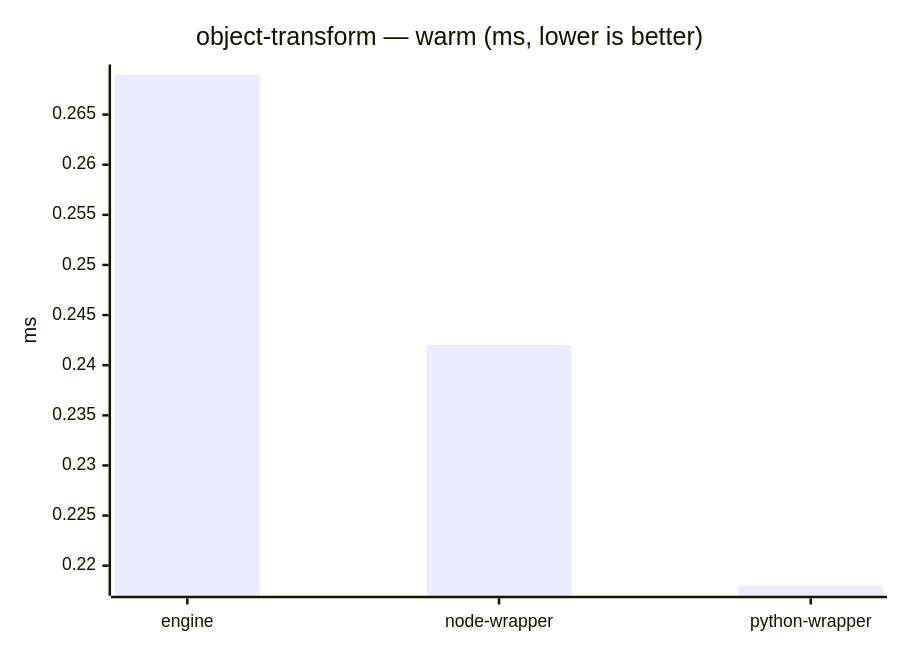
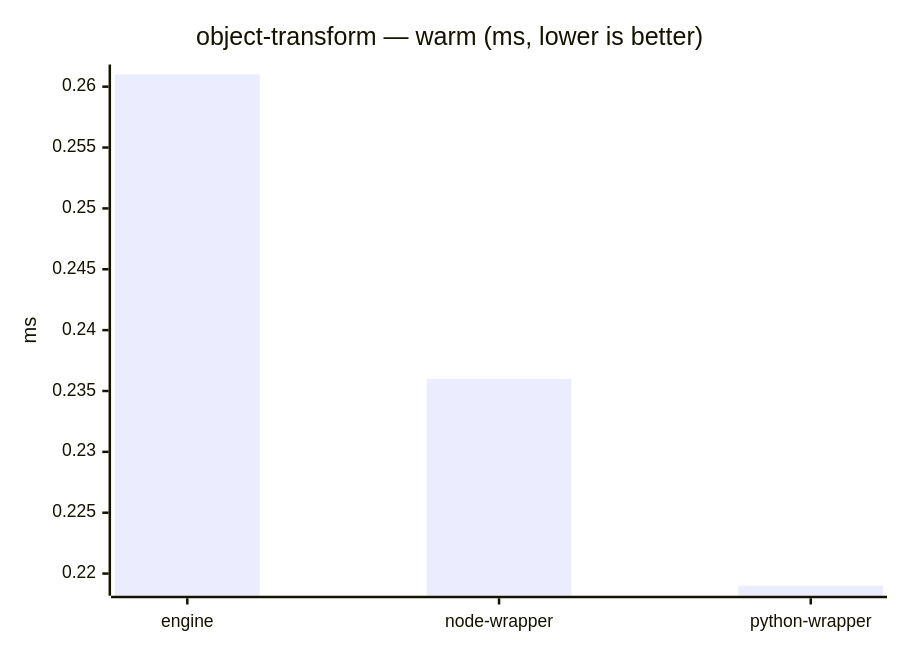
The fifth of 23 diagrams in benchmarks/report/RESULTS.md (mulesoft/data-weave-cli), drawn with Mermaid before and after one commit. The commit also changed other lines of this file, not shown here.

````diff
--- a/benchmarks/report/RESULTS.md
+++ b/benchmarks/report/RESULTS.md
@@ -80,7 +80,7 @@
 ```mermaid
 xychart-beta
     title "object-transform — warm (ms, lower is better)"
     x-axis ["engine", "node-wrapper", "python-wrapper"]
     y-axis "ms"
-    bar [0.269, 0.242, 0.218]
+    bar [0.261, 0.236, 0.219]
 ```
````
